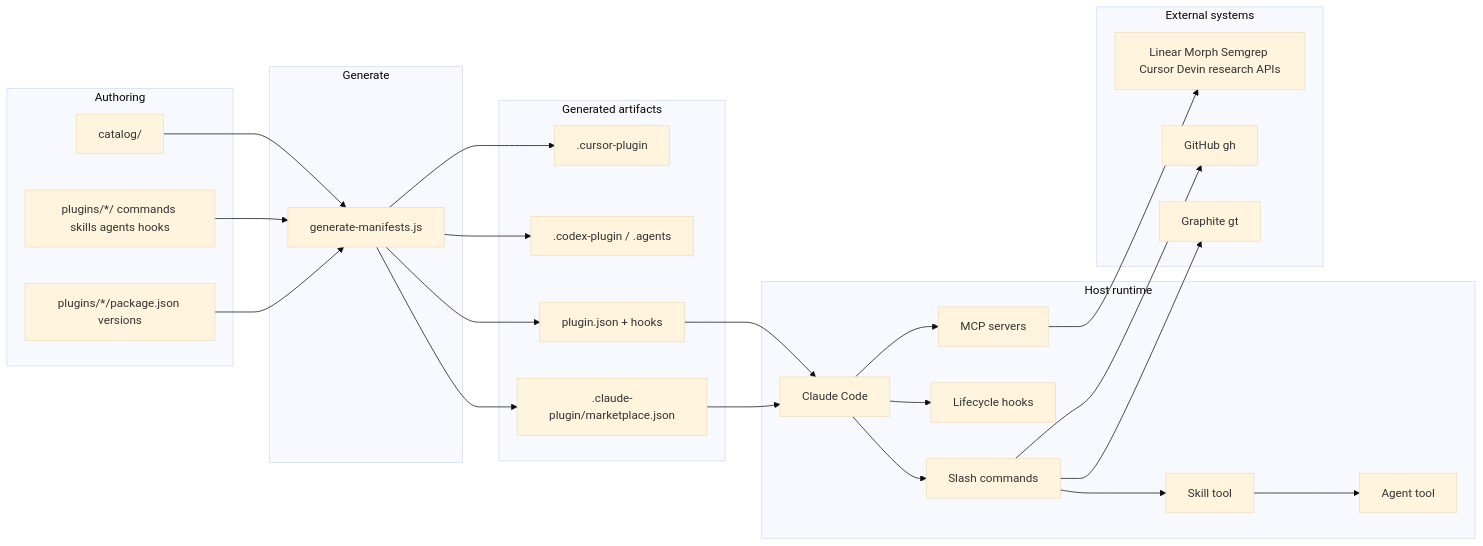
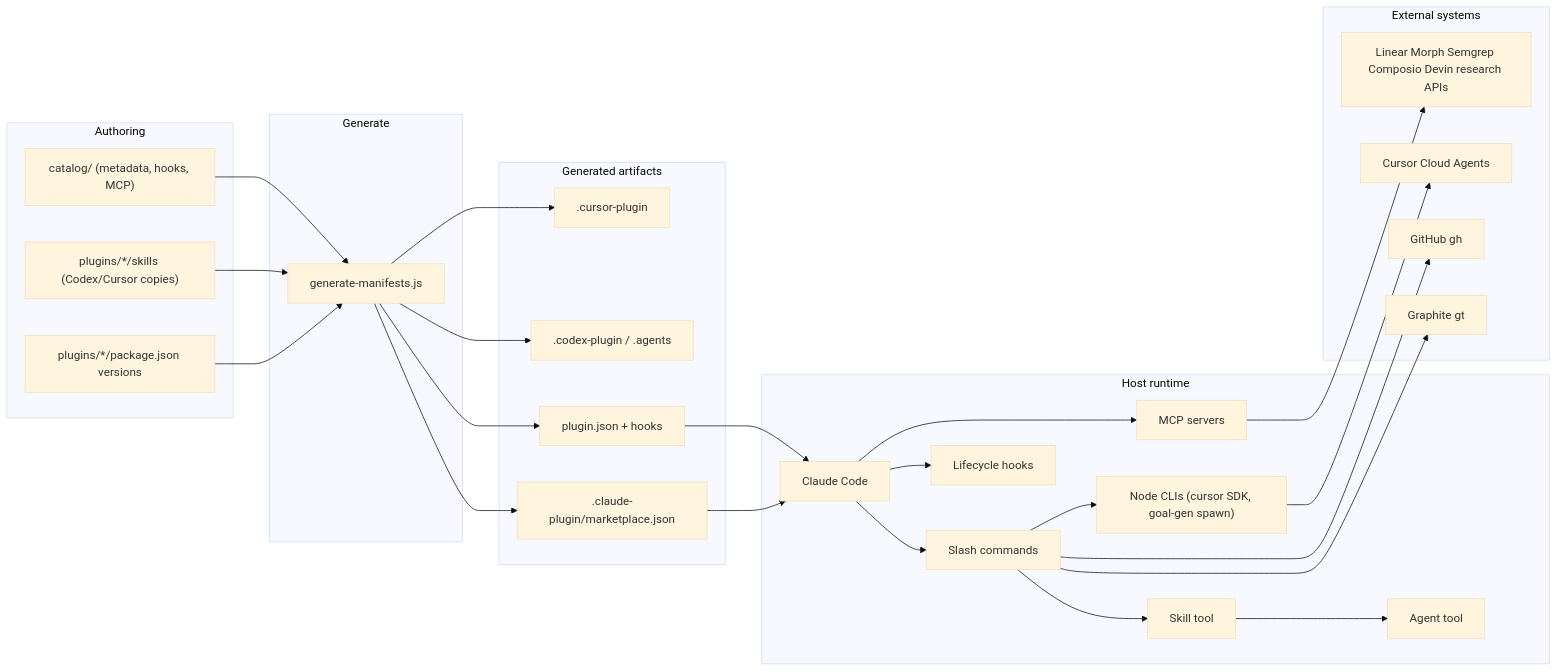
One commit to KingInYellows/yellow-plugins changed the diagram in docs/architecture-overview.md. Above: the diagram before and after it, drawn with Mermaid (base theme). The commit also changed other lines of this file and 3 other files, not shown here.

First line of the commit message:
fix(docs): correct architecture overview against code after review

````diff
--- a/docs/architecture-overview.md
+++ b/docs/architecture-overview.md
@@ -128,46 +153,49 @@
 ```mermaid
 flowchart LR
   subgraph authoring [Authoring]
-    Catalog[catalog/]
-    PluginSrc["plugins/*/ commands skills agents hooks"]
+    Catalog["catalog/ (metadata, hooks, MCP)"]
+    PluginSrc["plugins/*/skills (Codex/Cursor copies)"]
     PkgJson["plugins/*/package.json versions"]
   end
   subgraph generate [Generate]
     Gen[generate-manifests.js]
   end
   subgraph artifacts [Generated artifacts]
     Mkt[".claude-plugin/marketplace.json"]
     PJ["plugin.json + hooks"]
     Codex[".codex-plugin / .agents"]
     Cursor[".cursor-plugin"]
   end
   subgraph host [Host runtime]
     CC[Claude Code]
     Cmd[Slash commands]
     Skill[Skill tool]
     Agent[Agent tool]
     Hooks[Lifecycle hooks]
     MCP[MCP servers]
+    NodeCLI["Node CLIs (cursor SDK, goal-gen spawn)"]
   end
   subgraph ext [External systems]
     GT[Graphite gt]
     GH[GitHub gh]
-    APIs[Linear Morph Semgrep Cursor Devin research APIs]
+    APIs[Linear Morph Semgrep Composio Devin research APIs]
+    CursorAPI[Cursor Cloud Agents]
   end
 
   Catalog --> Gen
   PluginSrc --> Gen
   PkgJson --> Gen
   Gen --> Mkt
   Gen --> PJ
   Gen --> Codex
   Gen --> Cursor
   Mkt --> CC
   PJ --> CC
   CC --> Cmd --> Skill
   Skill --> Agent
   CC --> Hooks
   CC --> MCP --> APIs
   Cmd --> GT
   Cmd --> GH
+  Cmd --> NodeCLI --> CursorAPI
 ```
````
